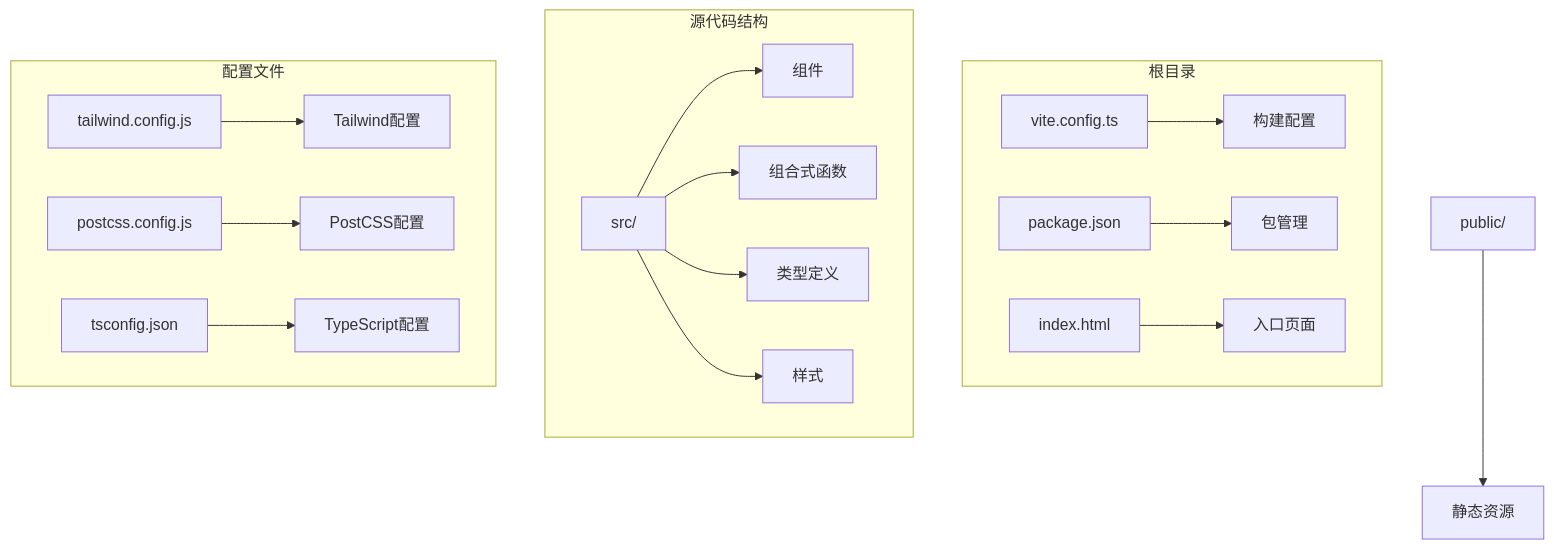
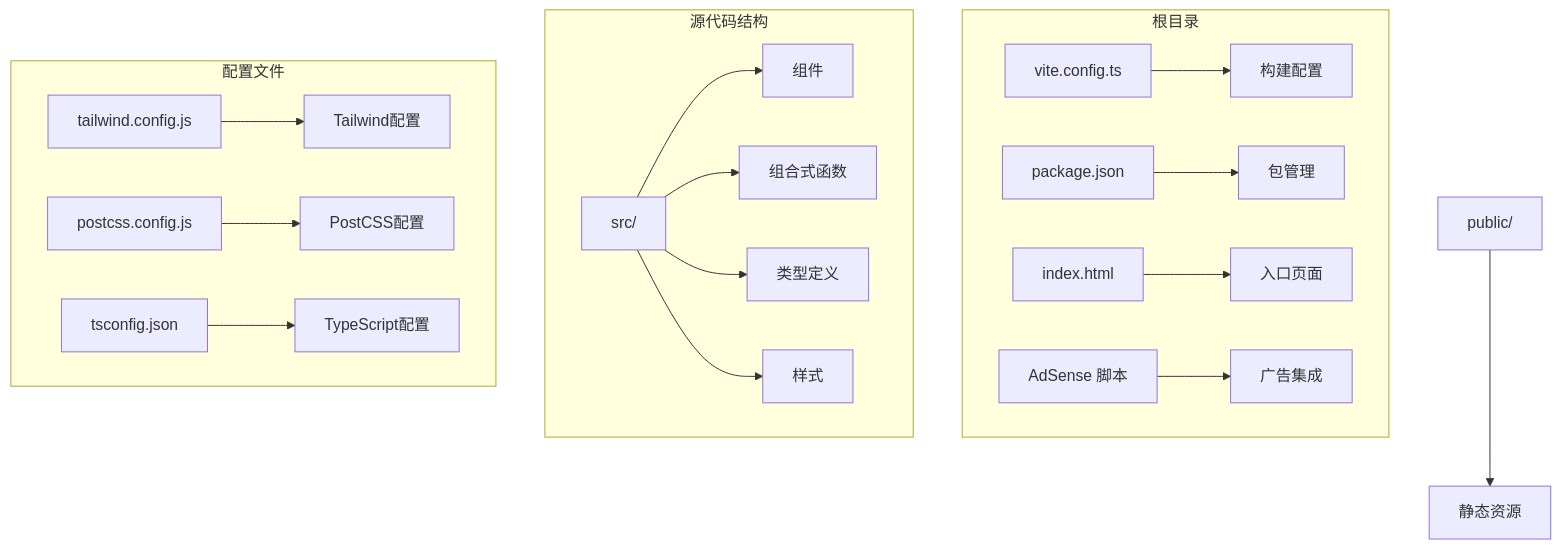
Before and after one commit to mrancc/reimagined-journey: the first of 21 diagrams in .qoder/repowiki/zh/content/部署指南.md, drawn with Mermaid. The commit also changed other lines of this file and 3 other files, not shown here.

````diff
--- a/.qoder/repowiki/zh/content/部署指南.md
+++ b/.qoder/repowiki/zh/content/部署指南.md
@@ -51,20 +61,21 @@
 ```mermaid
 graph TB
 subgraph "根目录"
 A[vite.config.ts] --> B[构建配置]
 C[package.json] --> D[包管理]
 E[index.html] --> F[入口页面]
+G[AdSense 脚本] --> H[广告集成]
 end
 subgraph "源代码结构"
-G[src/] --> H[组件]
-G --> I[组合式函数]
-G --> J[类型定义]
-G --> K[样式]
+I[src/] --> J[组件]
+I --> K[组合式函数]
+I --> L[类型定义]
+I --> M[样式]
 end
 subgraph "配置文件"
-L[tailwind.config.js] --> M[Tailwind配置]
-N[postcss.config.js] --> O[PostCSS配置]
-P[tsconfig.json] --> Q[TypeScript配置]
+N[tailwind.config.js] --> O[Tailwind配置]
+P[postcss.config.js] --> Q[PostCSS配置]
+R[tsconfig.json] --> S[TypeScript配置]
 end
-R[public/] --> S[静态资源]
+T[public/] --> U[静态资源]
 ```
````
